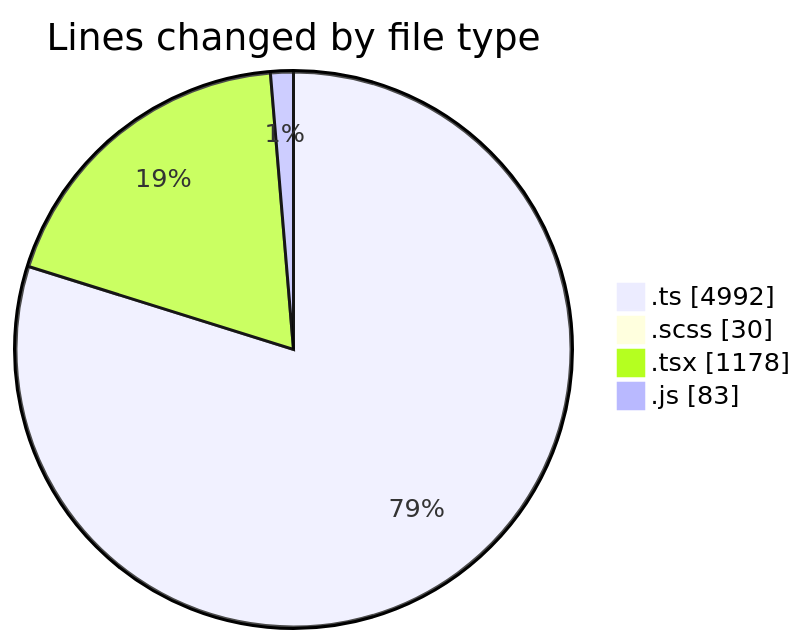
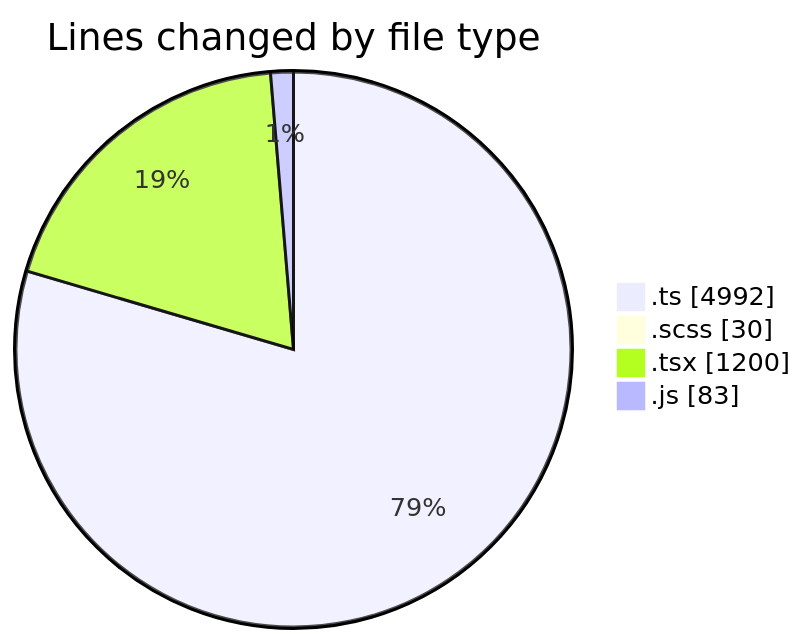
Before and after one commit to momahboobian/code-tracking: the first of 2 diagrams in 2025-09-12/cda/README.md, drawn with Mermaid. The commit also changed other lines of this file and 1 other file, not shown here.

````diff
--- a/2025-09-12/cda/README.md
+++ b/2025-09-12/cda/README.md
@@ -31,8 +31,8 @@
 ```mermaid
 pie showData
 title Lines changed by file type
 ".ts" : 4992
 ".scss" : 30
-".tsx" : 1178
+".tsx" : 1200
 ".js" : 83
 ```
````
